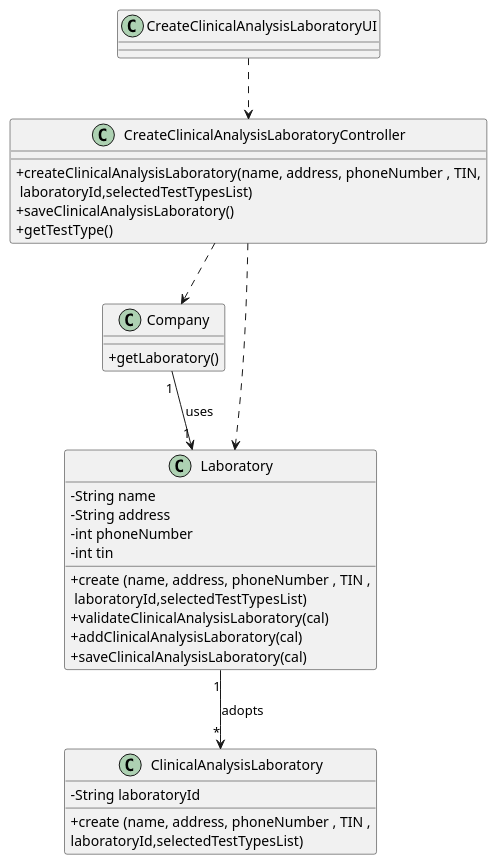
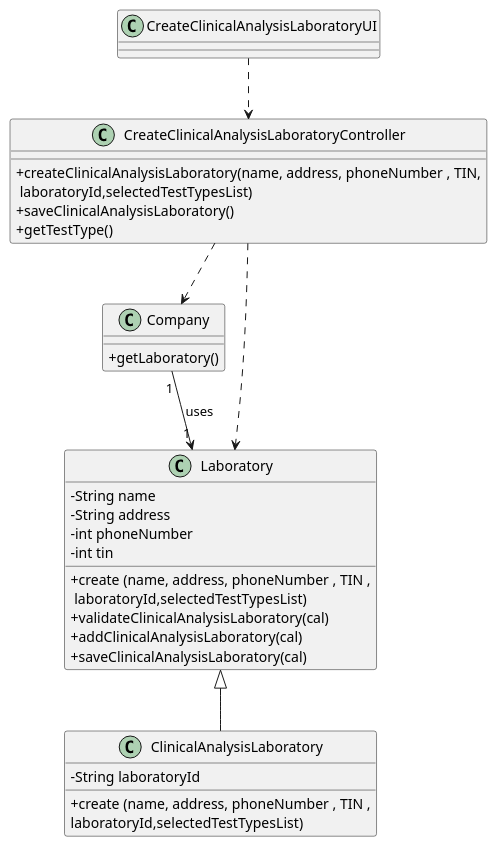
The diagram in docs/SprintB/US08/US08_CD.puml (manu-07-ela/LAPR2_ISEP), drawn with PlantUML before and after one commit. The commit also changed 5 other files, not shown here.

```diff
--- a/docs/SprintB/US08/US08_CD.puml
+++ b/docs/SprintB/US08/US08_CD.puml
@@ -1,48 +1,48 @@
 @startuml
 skinparam classAttributeIconSize 0
 
 class CreateClinicalAnalysisLaboratoryUI{
 }
 
 class CreateClinicalAnalysisLaboratoryController{
   +createClinicalAnalysisLaboratory(name, address, phoneNumber , TIN,\n laboratoryId,selectedTestTypesList)
   +saveClinicalAnalysisLaboratory()
   +getTestType()
 }
 
 class Company{
 +getLaboratory()
 }
 
 
 class ClinicalAnalysisLaboratory {
   -String laboratoryId
   +create (name, address, phoneNumber , TIN ,\nlaboratoryId,selectedTestTypesList)
 
 
 }
 
 class Laboratory {
   -String name
   -String address
   -int phoneNumber
   -int tin
   +create (name, address, phoneNumber , TIN ,\n laboratoryId,selectedTestTypesList)
   +validateClinicalAnalysisLaboratory(cal)
   +addClinicalAnalysisLaboratory(cal)
   +saveClinicalAnalysisLaboratory(cal)
 }
 
 
 
 
 
 
 CreateClinicalAnalysisLaboratoryUI ..> CreateClinicalAnalysisLaboratoryController
 CreateClinicalAnalysisLaboratoryController ..> Company
 CreateClinicalAnalysisLaboratoryController ...> Laboratory
 Company "1" --> "1" Laboratory : uses
-Laboratory "1" --> "*" ClinicalAnalysisLaboratory : adopts
+Laboratory  <|--  ClinicalAnalysisLaboratory
 
 
 @enduml
```
